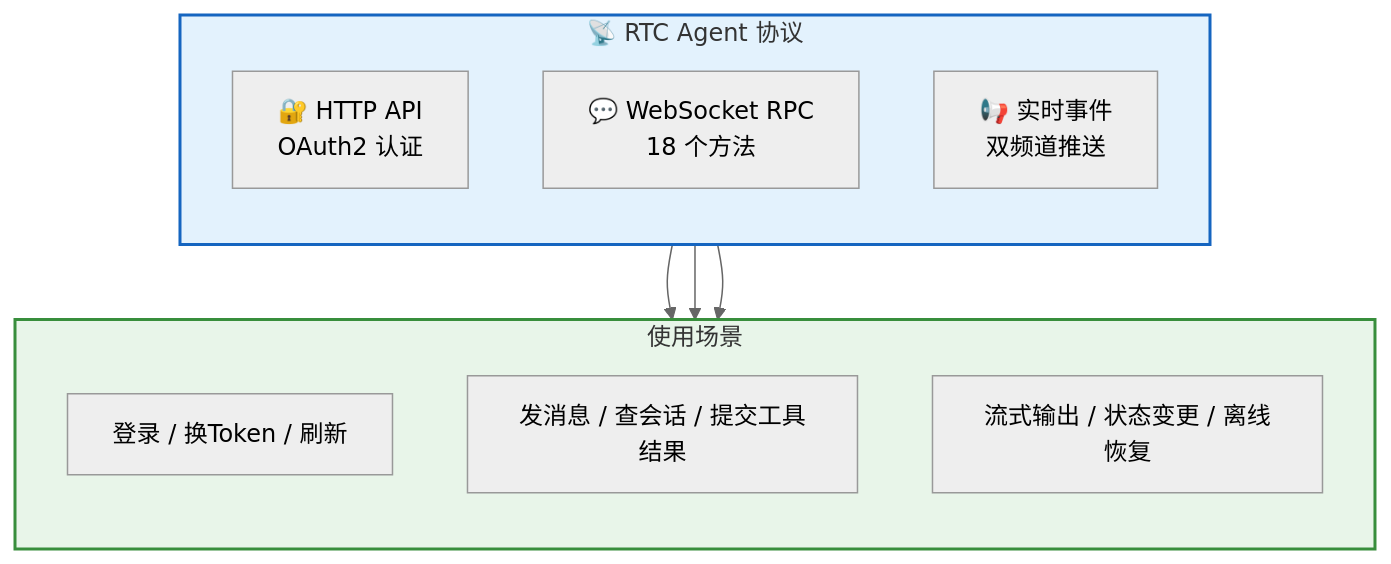
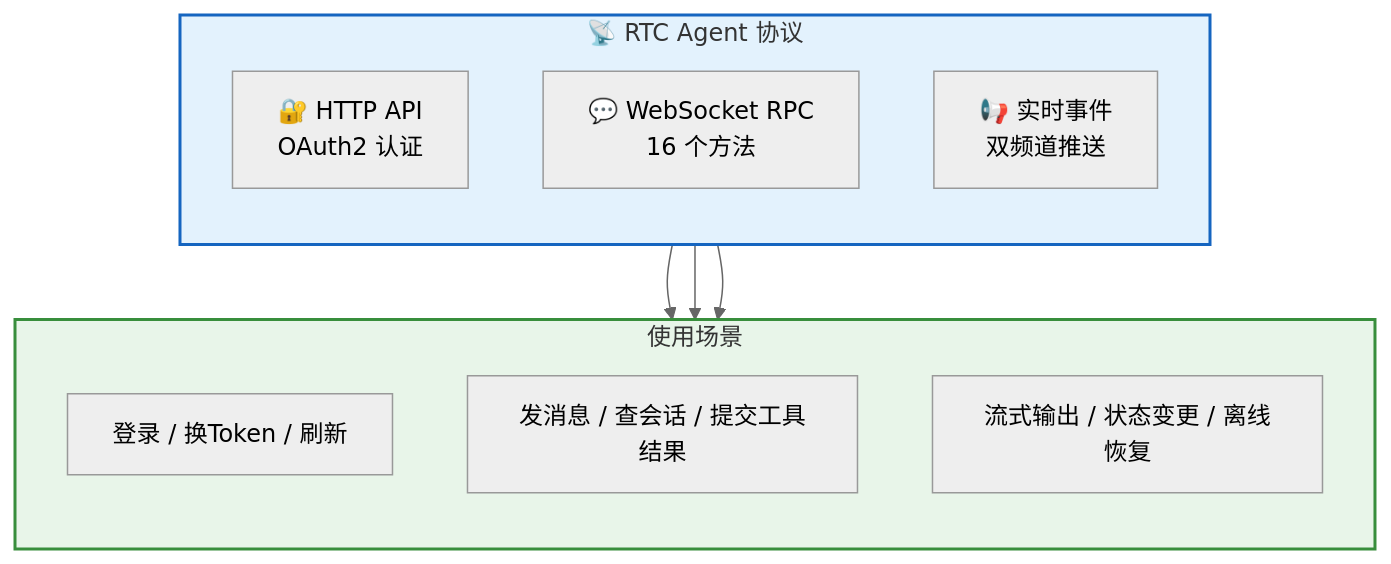
The first of 5 diagrams in src/content/docs/protocol/index.md (rtc-agent/docs), drawn with Mermaid (neutral theme) before and after one commit. The commit also changed other lines of this file and 60 other files, not shown here.

First line of the commit message:
docs(site): refresh documentation with new sections and improved diagrams

````diff
--- a/src/content/docs/protocol/index.md
+++ b/src/content/docs/protocol/index.md
@@ -8,23 +8,23 @@
 ```mermaid
 flowchart TD
     subgraph PROTOCOL["📡 RTC Agent 协议"]
         direction TB
         HTTP["🔐 HTTP API<br/>OAuth2 认证"]
-        RPC["💬 WebSocket RPC<br/>18 个方法"]
+        RPC["💬 WebSocket RPC<br/>16 个方法"]
         EVT["📢 实时事件<br/>双频道推送"]
     end
 
     subgraph USAGE["使用场景"]
         direction TB
         U1["登录 / 换Token / 刷新"]
         U2["发消息 / 查会话 / 提交工具结果"]
         U3["流式输出 / 状态变更 / 离线恢复"]
     end
 
     HTTP --> U1
     RPC --> U2
     EVT --> U3
 
     style PROTOCOL fill:#e3f2fd,stroke:#1565c0,stroke-width:2px
     style USAGE fill:#e8f5e9,stroke:#388e3c,stroke-width:2px
 ```
````
